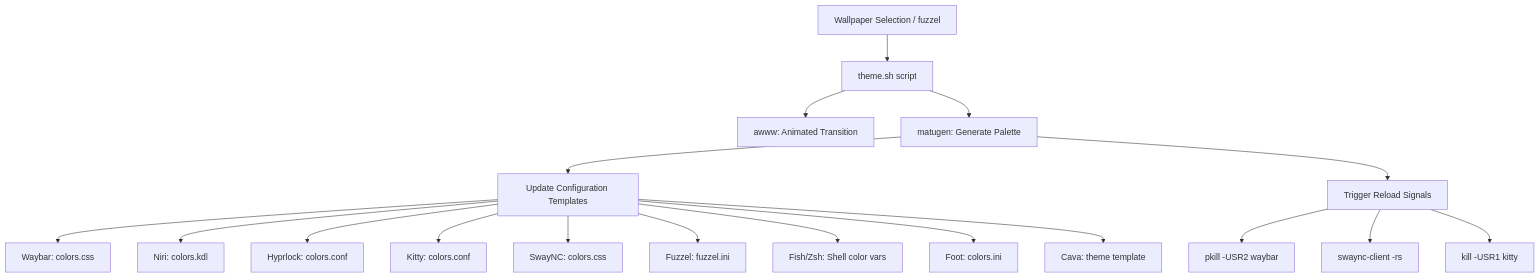
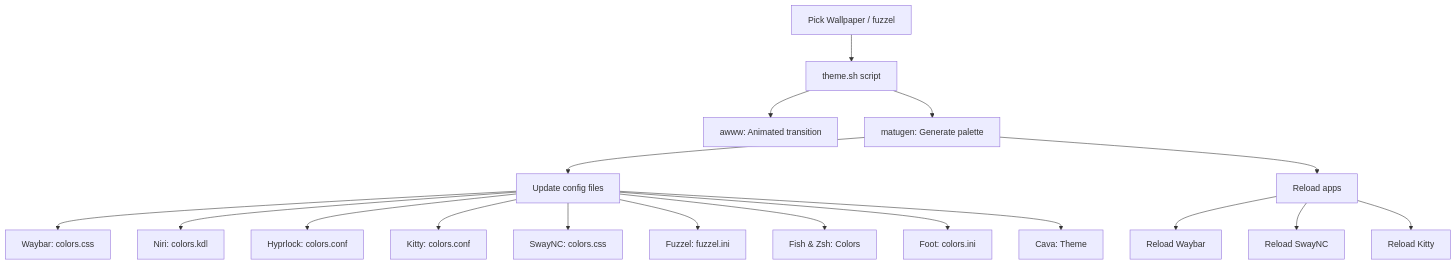
Before and after one commit to insaneodyssey26/hyprland: the diagram in README.md, drawn with Mermaid. The commit also changed other lines of this file and 10 other files, not shown here.

````diff
--- a/README.md
+++ b/README.md
@@ -35,22 +42,22 @@
 ```mermaid
 graph TD
-    A[Wallpaper Selection / fuzzel] --> B[theme.sh script]
-    B --> C[awww: Animated Transition]
-    B --> D[matugen: Generate Palette]
-    D --> E[Update Configuration Templates]
-    D --> F[Trigger Reload Signals]
+    A[Pick Wallpaper / fuzzel] --> B[theme.sh script]
+    B --> C[awww: Animated transition]
+    B --> D[matugen: Generate palette]
+    D --> E[Update config files]
+    D --> F[Reload apps]
     
     E --> E1[Waybar: colors.css]
     E --> E2[Niri: colors.kdl]
     E --> E3[Hyprlock: colors.conf]
     E --> E4[Kitty: colors.conf]
     E --> E5[SwayNC: colors.css]
     E --> E6[Fuzzel: fuzzel.ini]
-    E --> E7[Fish/Zsh: Shell color vars]
+    E --> E7[Fish & Zsh: Colors]
     E --> E8[Foot: colors.ini]
-    E --> E9[Cava: theme template]
+    E --> E9[Cava: Theme]
     
-    F --> F1[pkill -USR2 waybar]
-    F --> F2[swaync-client -rs]
-    F --> F3[kill -USR1 kitty]
+    F --> F1[Reload Waybar]
+    F --> F2[Reload SwayNC]
+    F --> F3[Reload Kitty]
 ```
````
